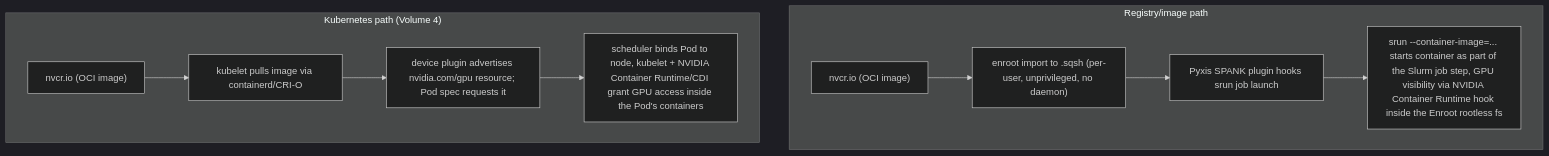
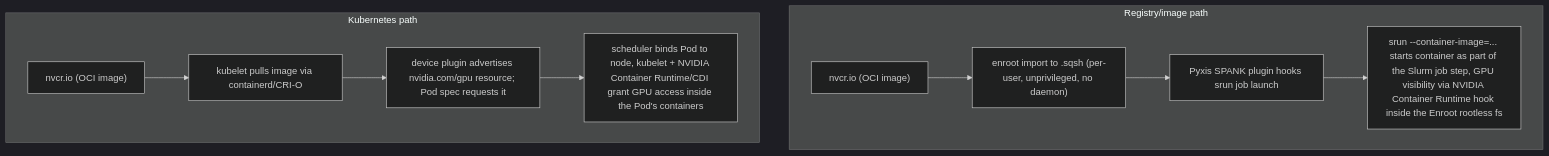
Before and after one commit to jithinpnjm/nvidia-devops: the second of 2 diagrams in docs/volume-10/08-enroot-and-pyxis-containers-for-hpc.md, drawn with Mermaid (dark theme). The commit also changed other lines of this file and 3 other files, not shown here.

````diff
--- a/docs/volume-10/08-enroot-and-pyxis-containers-for-hpc.md
+++ b/docs/volume-10/08-enroot-and-pyxis-containers-for-hpc.md
@@ -85,13 +85,13 @@
 ```mermaid
 flowchart TD
     subgraph Enroot["Registry/image path"]
         A1["nvcr.io (OCI image)"] --> A2["enroot import to .sqsh (per-user, unprivileged, no daemon)"]
         A2 --> A3["Pyxis SPANK plugin hooks srun job launch"]
         A3 --> A4["srun --container-image=... starts container as part of the Slurm job step, GPU visibility via NVIDIA Container Runtime hook inside the Enroot rootless fs"]
     end
-    subgraph K8s["Kubernetes path (Volume 4)"]
+    subgraph K8s["Kubernetes path"]
         B1["nvcr.io (OCI image)"] --> B2["kubelet pulls image via containerd/CRI-O"]
         B2 --> B3["device plugin advertises nvidia.com/gpu resource; Pod spec requests it"]
         B3 --> B4["scheduler binds Pod to node, kubelet + NVIDIA Container Runtime/CDI grant GPU access inside the Pod's containers"]
     end
 ```
````
